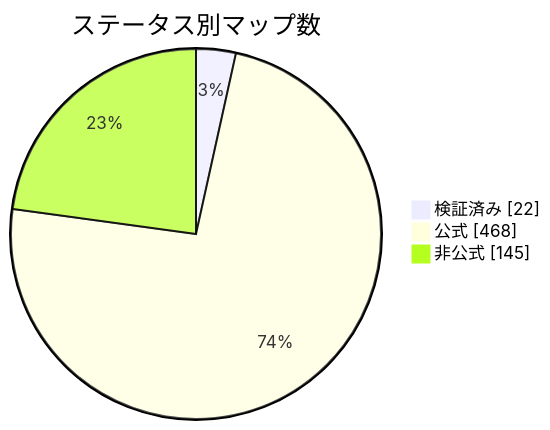
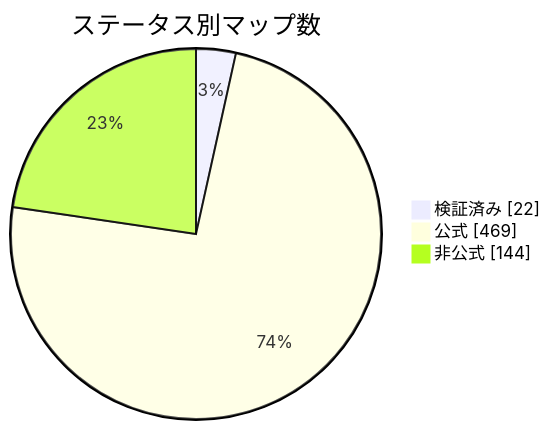
The diagram in docs/readme/README_JP.md (nobrega8/mbmap-library), drawn with Mermaid before and after one commit. The commit also changed 6 other files, not shown here.

````diff
--- a/docs/readme/README_JP.md
+++ b/docs/readme/README_JP.md
@@ -54,7 +54,7 @@
 ```mermaid
 pie showData
     title ステータス別マップ数
     "検証済み" : 22
-    "公式" : 468
-    "非公式" : 145
+    "公式" : 469
+    "非公式" : 144
 ```
````
